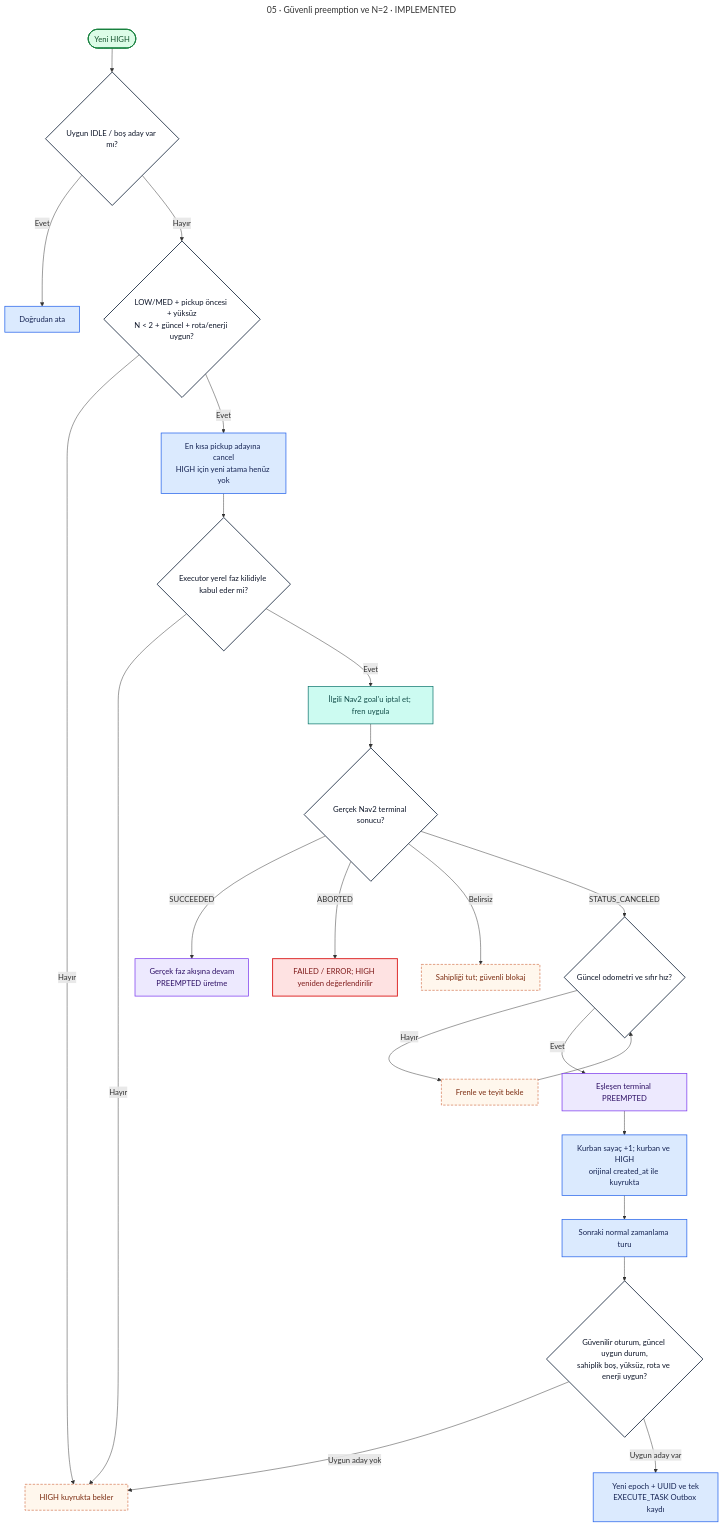
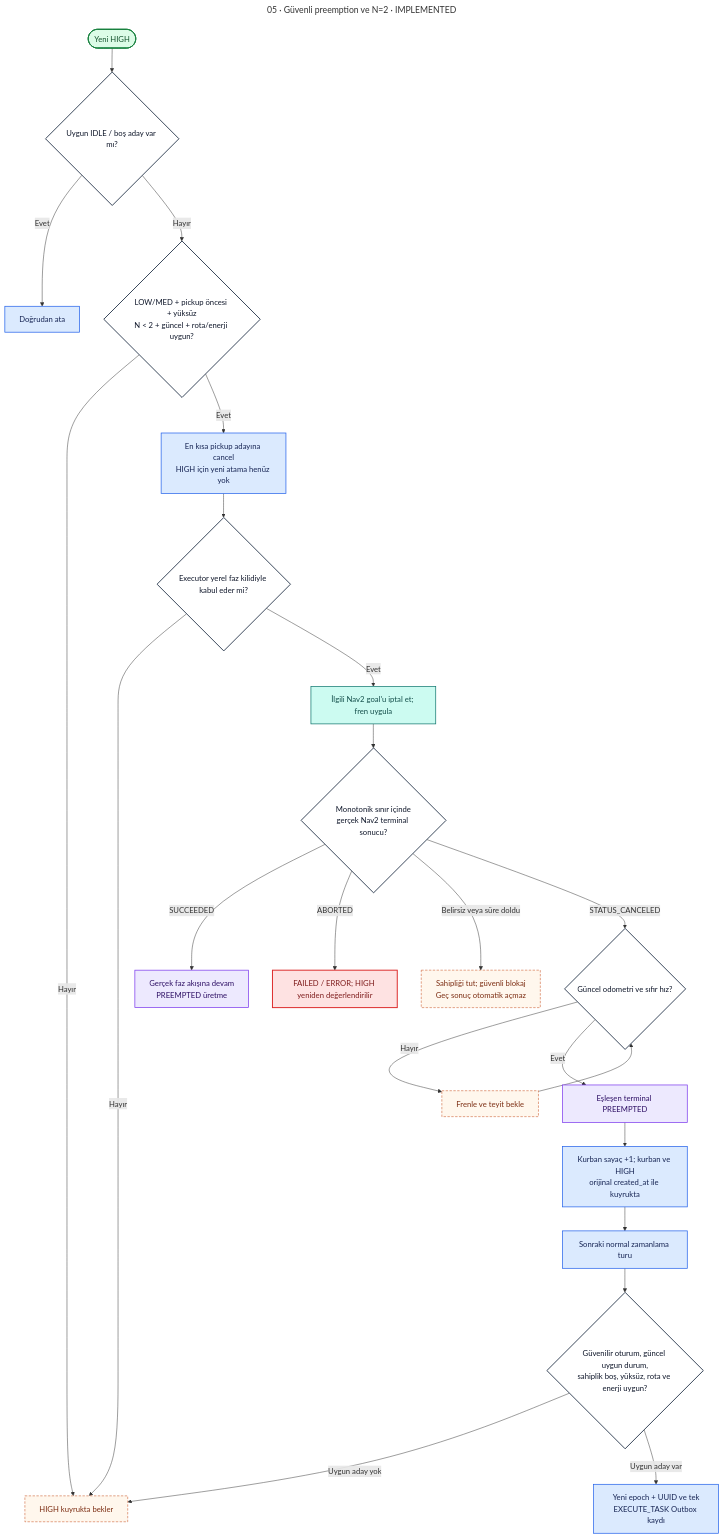
One commit to m-gnr/ros2-fleet-manager changed the diagram in docs/diagrams/src/safe-preemption.mmd. Above: the diagram before and after it, drawn with Mermaid. The commit also changed 21 other files, not shown here.

```diff
--- a/docs/diagrams/src/safe-preemption.mmd
+++ b/docs/diagrams/src/safe-preemption.mmd
@@ -1,36 +1,36 @@
 ---
 title: "05 · Güvenli preemption ve N=2 · IMPLEMENTED"
 ---
 flowchart TD
  H(["Yeni HIGH"]):::terminal --> ID{"Uygun IDLE / boş aday var mı?"}:::decision
  ID -->|"Evet"| DIR["Doğrudan ata"]:::fm
  ID -->|"Hayır"| V{"LOW/MED + pickup öncesi + yüksüz<br/>N < 2 + güncel + rota/enerji uygun?"}:::decision
  V -->|"Hayır"| W["HIGH kuyrukta bekler"]:::wait
  V -->|"Evet"| C["En kısa pickup adayına cancel<br/>HIGH için yeni atama henüz yok"]:::fm
  C --> X{"Executor yerel faz kilidiyle kabul eder mi?"}:::decision
  X -->|"Hayır"| W
  X -->|"Evet"| NAV["İlgili Nav2 goal'u iptal et; fren uygula"]:::nav
- NAV --> T{"Gerçek Nav2 terminal sonucu?"}:::decision
+ NAV --> T{"Monotonik sınır içinde<br/>gerçek Nav2 terminal sonucu?"}:::decision
  T -->|"SUCCEEDED"| N["Gerçek faz akışına devam<br/>PREEMPTED üretme"]:::executor
  T -->|"ABORTED"| E["FAILED / ERROR; HIGH yeniden değerlendirilir"]:::error
- T -->|"Belirsiz"| B["Sahipliği tut; güvenli blokaj"]:::wait
+ T -->|"Belirsiz veya süre doldu"| B["Sahipliği tut; güvenli blokaj<br/>Geç sonuç otomatik açmaz"]:::wait
  T -->|"STATUS_CANCELED"| O{"Güncel odometri ve sıfır hız?"}:::decision
  O -->|"Hayır"| BRAKE["Frenle ve teyit bekle"]:::wait
  BRAKE --> O
  O -->|"Evet"| R["Eşleşen terminal PREEMPTED"]:::executor
  R --> Q["Kurban sayaç +1; kurban ve HIGH<br/>orijinal created_at ile kuyrukta"]:::fm
  Q --> S["Sonraki normal zamanlama turu"]:::fm
  S --> EL{"Güvenilir oturum, güncel uygun durum,<br/>sahiplik boş, yüksüz, rota ve enerji uygun?"}:::decision
  EL -->|"Uygun aday yok"| W
  EL -->|"Uygun aday var"| NEW["Yeni epoch + UUID ve tek<br/>EXECUTE_TASK Outbox kaydı"]:::fm
 
  classDef fm fill:#dbeafe,stroke:#2563eb,color:#172554,stroke-width:1.5px;
  classDef executor fill:#ede9fe,stroke:#7c3aed,color:#2e1065,stroke-width:1.5px;
  classDef nav fill:#ccfbf1,stroke:#0f766e,color:#134e4a,stroke-width:1.5px;
  classDef battery fill:#fef3c7,stroke:#d97706,color:#78350f,stroke-width:1.5px;
  classDef db fill:#e2e8f0,stroke:#475569,color:#0f172a,stroke-width:1.5px;
  classDef ui fill:#fce7f3,stroke:#be185d,color:#831843,stroke-width:1.5px;
  classDef decision fill:#fff,stroke:#334155,color:#0f172a,stroke-width:2px;
  classDef error fill:#fee2e2,stroke:#dc2626,color:#7f1d1d,stroke-width:2px;
  classDef wait fill:#fff7ed,stroke:#c2410c,color:#7c2d12,stroke-dasharray:5 3;
  classDef terminal fill:#dcfce7,stroke:#15803d,color:#14532d,stroke-width:2px;
```
